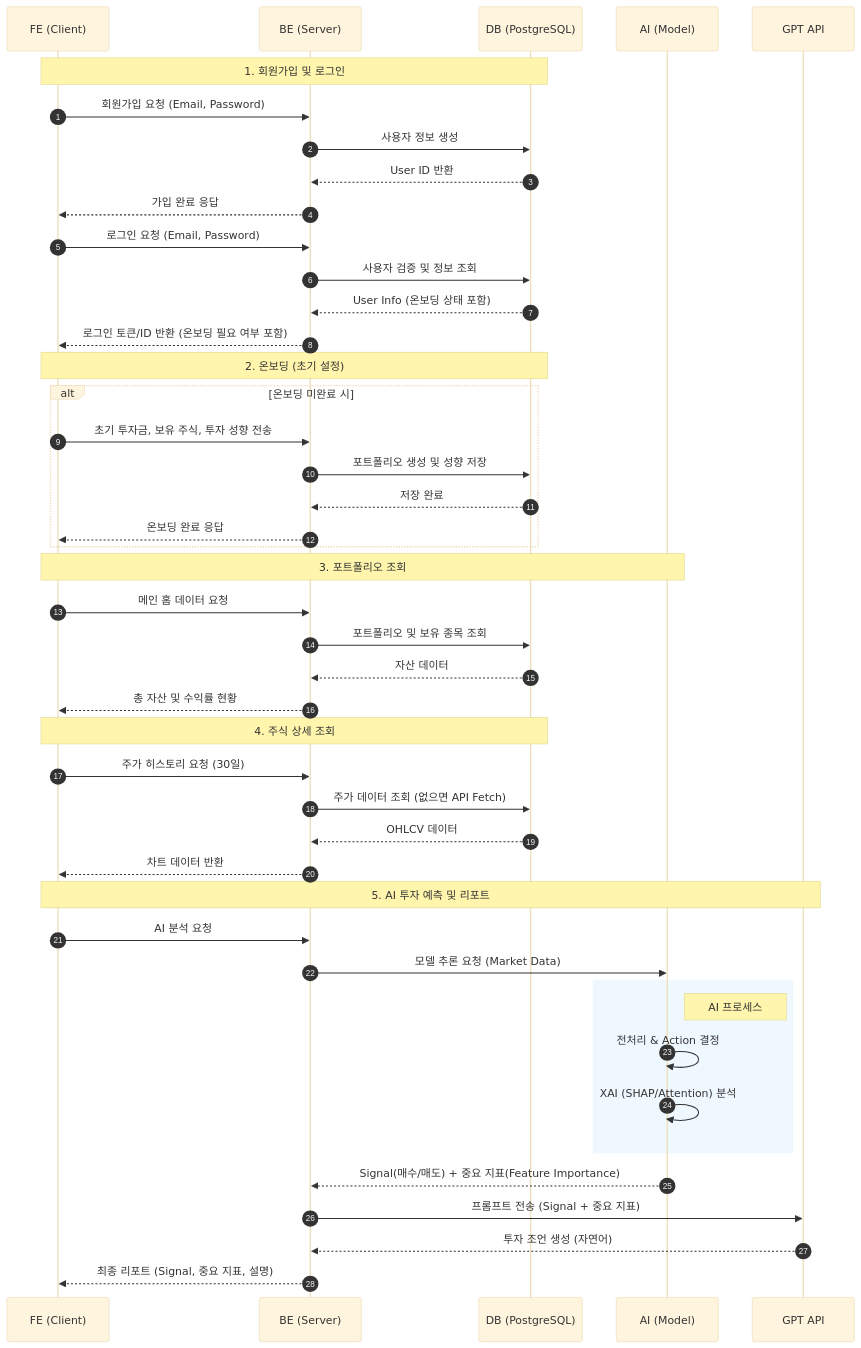
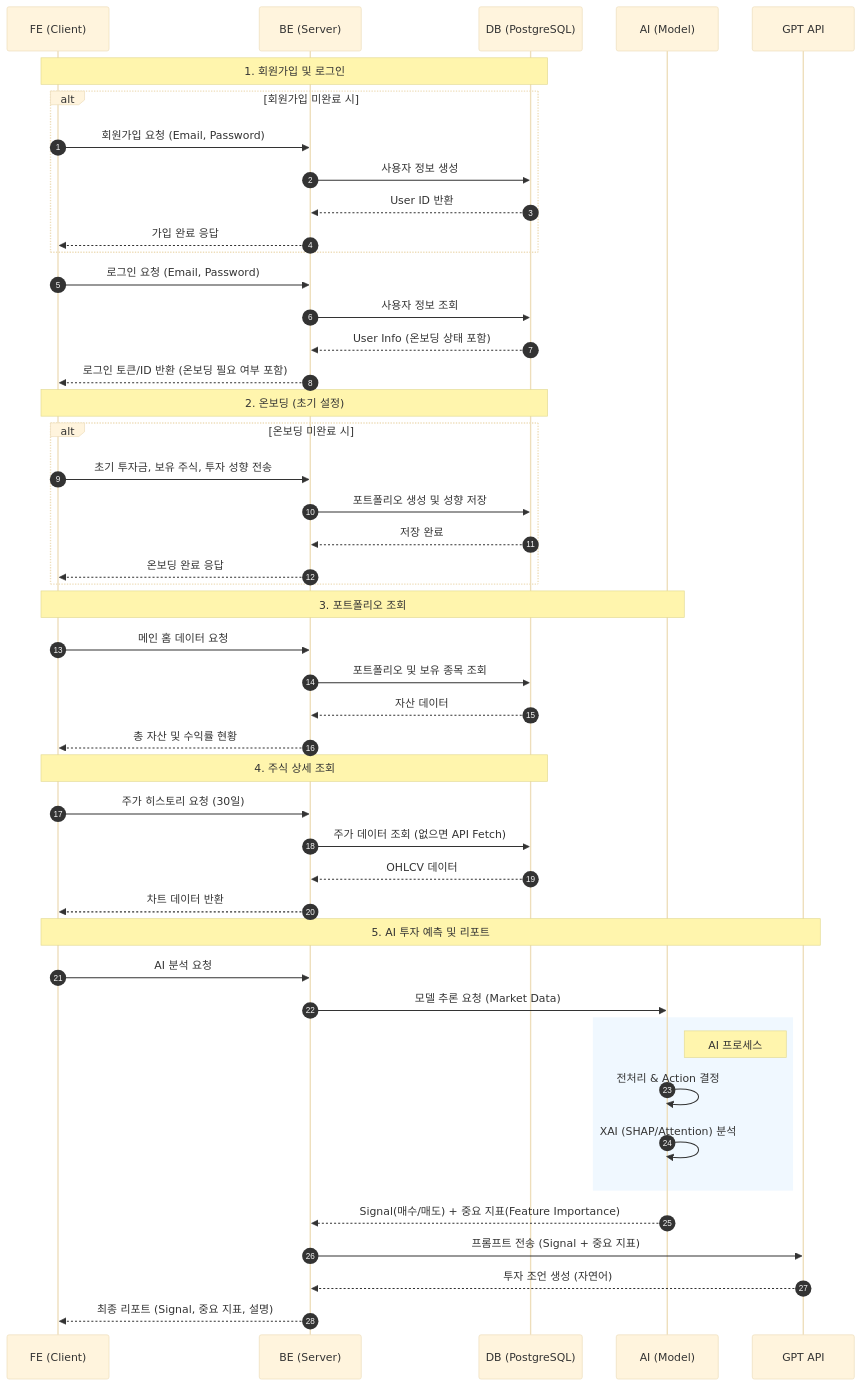
One commit to CSID-DGU/2025-2-CSC4004-1-7-Libri changed the diagram in README.md. Above: the diagram before and after it, drawn with Mermaid (base theme).

Commit message:
Docs: README 시퀀스 다이어그램 alt 수정

````diff
--- a/README.md
+++ b/README.md
@@ -59,60 +59,62 @@
 ```mermaid
 sequenceDiagram
     autonumber
     participant FE as FE (Client)
     participant BE as BE (Server)
     participant DB as DB (PostgreSQL)
     participant AI as AI (Model)
     participant GPT as GPT API
     
     %% 1. 회원가입 및 로그인
     Note over FE, DB: 1. 회원가입 및 로그인
+    alt 회원가입 미완료 시
     FE->>BE: 회원가입 요청 (Email, Password)
     BE->>DB: 사용자 정보 생성
     DB-->>BE: User ID 반환
     BE-->>FE: 가입 완료 응답
-    
+    end
+
     FE->>BE: 로그인 요청 (Email, Password)
-    BE->>DB: 사용자 검증 및 정보 조회
+    BE->>DB: 사용자 정보 조회
     DB-->>BE: User Info (온보딩 상태 포함)
     BE-->>FE: 로그인 토큰/ID 반환 (온보딩 필요 여부 포함)
     
     %% 2. 온보딩 프로세스
     Note over FE, DB: 2. 온보딩 (초기 설정)
     alt 온보딩 미완료 시
         FE->>BE: 초기 투자금, 보유 주식, 투자 성향 전송
         BE->>DB: 포트폴리오 생성 및 성향 저장
         DB-->>BE: 저장 완료
         BE-->>FE: 온보딩 완료 응답
     end
     
     %% 3. 포트폴리오
     Note over FE, AI: 3. 포트폴리오 조회
     FE->>BE: 메인 홈 데이터 요청
     BE->>DB: 포트폴리오 및 보유 종목 조회
     DB-->>BE: 자산 데이터
     BE-->>FE: 총 자산 및 수익률 현황
     
     %% 4. 주가 조회
     Note over FE, DB: 4. 주식 상세 조회
     FE->>BE: 주가 히스토리 요청 (30일)
     BE->>DB: 주가 데이터 조회 (없으면 API Fetch)
     DB-->>BE: OHLCV 데이터
     BE-->>FE: 차트 데이터 반환
     
     %% 5. AI 투자 예측
     Note over FE, GPT: 5. AI 투자 예측 및 리포트
     FE->>BE: AI 분석 요청
     BE->>AI: 모델 추론 요청 (Market Data)
     
     rect rgb(240, 248, 255)
         Note right of AI: AI 프로세스
         AI->>AI: 전처리 & Action 결정
         AI->>AI: XAI (SHAP/Attention) 분석
     end
     AI-->>BE: Signal(매수/매도) + 중요 지표(Feature Importance)
     
     BE->>GPT: 프롬프트 전송 (Signal + 중요 지표)
     GPT-->>BE: 투자 조언 생성 (자연어)
     BE-->>FE: 최종 리포트 (Signal, 중요 지표, 설명)
 ```
````
